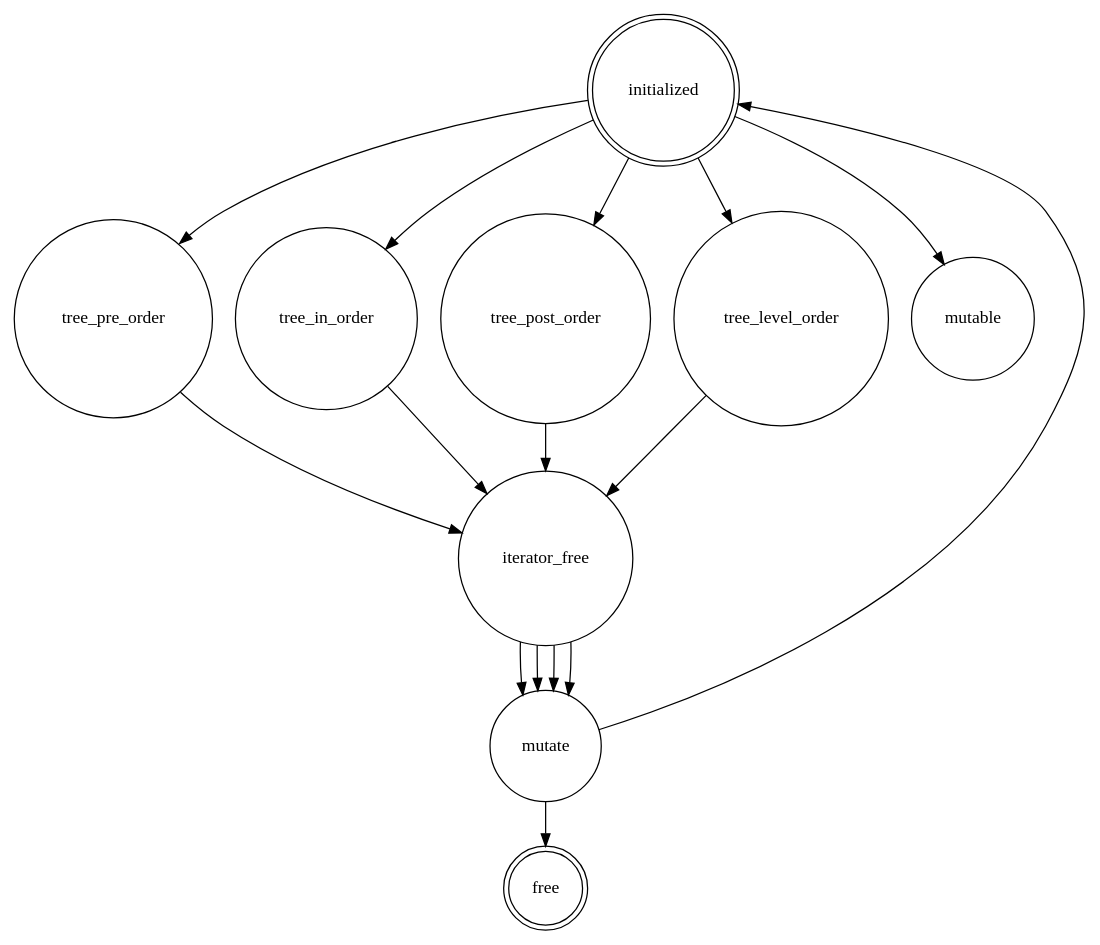
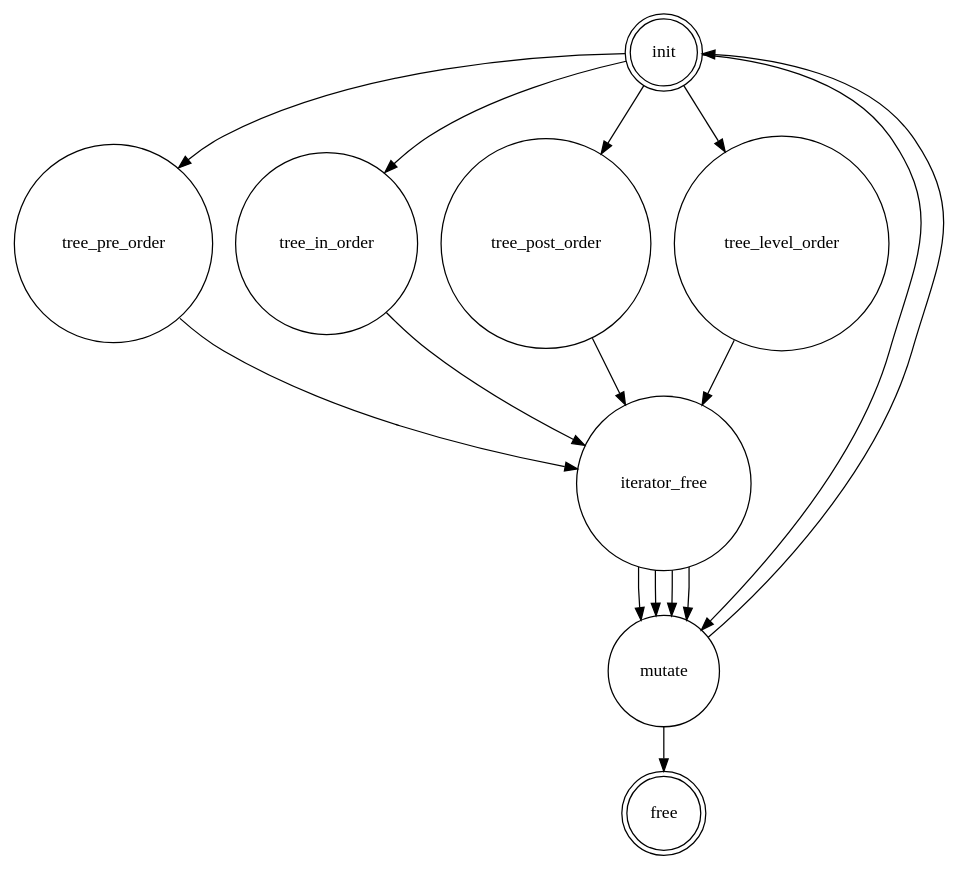
One commit to bdkoepke/alib changed the diagram in src/util/tree.dot. Above: the diagram before and after it, drawn with Graphviz. The commit also changed 113 other files, not shown here.

```diff
--- a/src/util/tree.dot
+++ b/src/util/tree.dot
@@ -1,17 +1,17 @@
 digraph tree {
-  node[shape = doublecircle] initialized, free;
+  node[shape = doublecircle] init, free;
   node[shape = circle];
-  initialized->tree_pre_order;
-  initialized->tree_in_order;
-  initialized->tree_post_order;
-  initialized->tree_level_order;
-  initialized->mutable;
+  init->tree_pre_order;
+  init->tree_in_order;
+  init->tree_post_order;
+  init->tree_level_order;
+  init->mutate;
 
   tree_pre_order->iterator_free->mutate;
   tree_in_order->iterator_free->mutate;
   tree_post_order->iterator_free->mutate;
   tree_level_order->iterator_free->mutate;
 
   mutate->free;
-  mutate->initialized;
+  mutate->init;
 }
```
